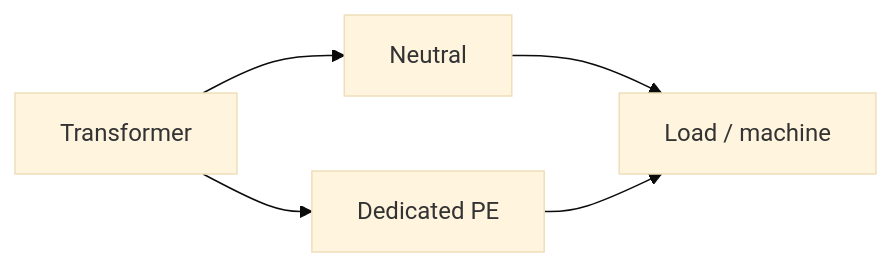
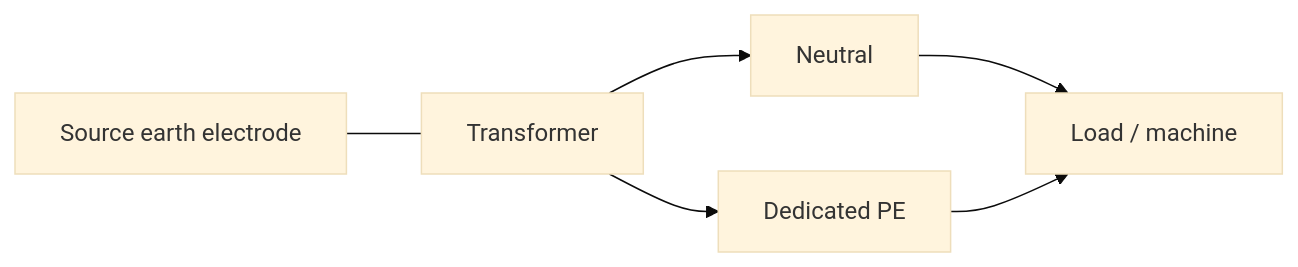
The fifth of 7 diagrams in docs/training/fundamentals/earthing-systems-iec/index.md (kyawminthu20/Control-System-Tools), drawn with Mermaid (base theme) before and after one commit. The commit also changed other lines of this file, not shown here.

First line of the commit message:
fix: correct IT diagram topology and TN diagram quality issues

````diff
--- a/docs/training/fundamentals/earthing-systems-iec/index.md
+++ b/docs/training/fundamentals/earthing-systems-iec/index.md
@@ -163,7 +164,8 @@
 ```mermaid
 flowchart LR
-    S[Transformer] --> N[Neutral]
+    E[Source earth electrode] --- S[Transformer]
+    S --> N[Neutral]
     S --> PE[Dedicated PE]
     N --> L[Load / machine]
     PE --> L
 ```
````
